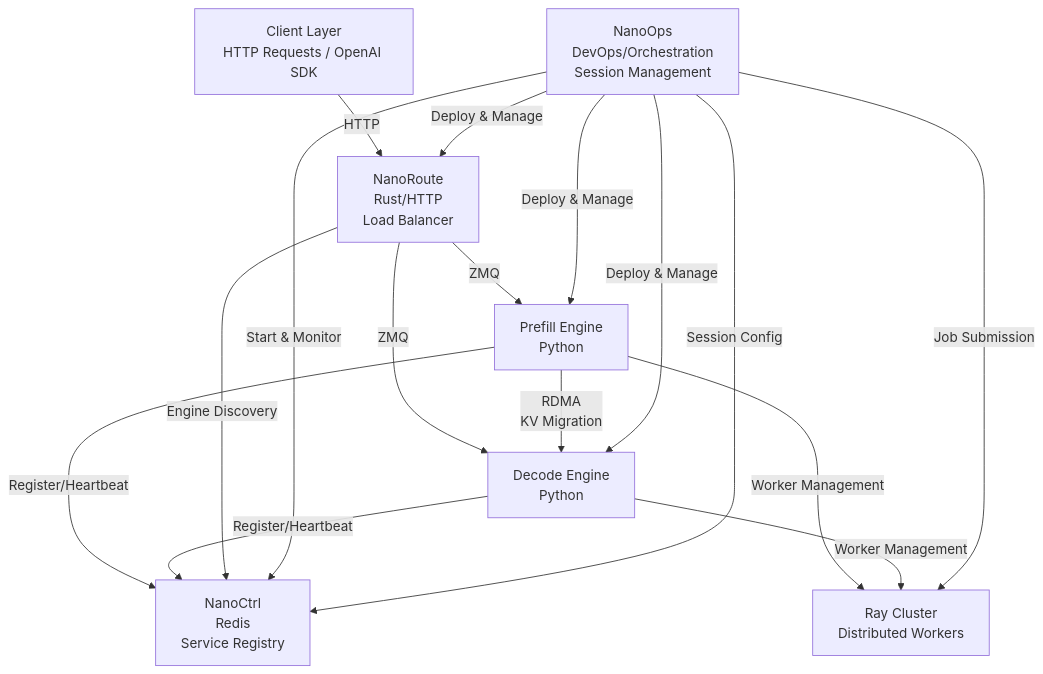
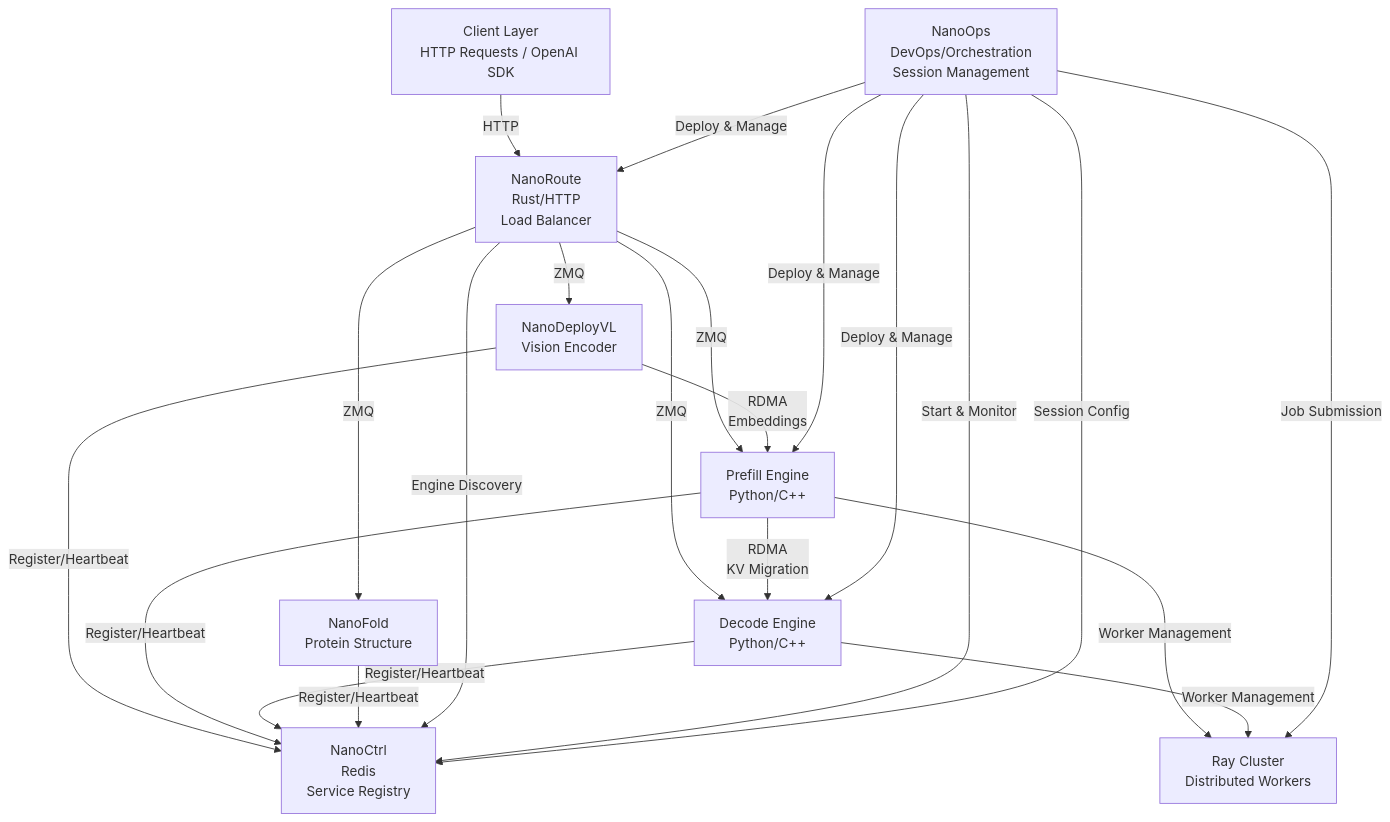
One commit to nano-infra/NanoEngine changed the diagram in README.md. Above: the diagram before and after it, drawn with Mermaid. The commit also changed other lines of this file and 4 other files, not shown here.

````diff
--- a/README.md
+++ b/README.md
@@ -19,26 +21,33 @@
 ```mermaid
 graph TB
     Client[Client Layer<br/>HTTP Requests / OpenAI SDK]
     Route[NanoRoute<br/>Rust/HTTP<br/>Load Balancer]
-    Prefill[Prefill Engine<br/>Python]
-    Decode[Decode Engine<br/>Python]
+    VL[NanoDeployVL<br/>Vision Encoder]
+    Prefill[Prefill Engine<br/>Python/C++]
+    Decode[Decode Engine<br/>Python/C++]
+    Fold[NanoFold<br/>Protein Structure]
     Ctrl[NanoCtrl<br/>Redis<br/>Service Registry]
     Ray[Ray Cluster<br/>Distributed Workers]
     Ops[NanoOps<br/>DevOps/Orchestration<br/>Session Management]
 
     Client -->|HTTP| Route
+    Route -->|ZMQ| VL
     Route -->|ZMQ| Prefill
     Route -->|ZMQ| Decode
+    Route -->|ZMQ| Fold
+    VL -->|RDMA<br/>Embeddings| Prefill
     Prefill -->|RDMA<br/>KV Migration| Decode
+    VL -->|Register/Heartbeat| Ctrl
     Prefill -->|Register/Heartbeat| Ctrl
     Decode -->|Register/Heartbeat| Ctrl
+    Fold -->|Register/Heartbeat| Ctrl
     Route -->|Engine Discovery| Ctrl
     Prefill -->|Worker Management| Ray
     Decode -->|Worker Management| Ray
     Ops -->|Deploy & Manage| Route
     Ops -->|Deploy & Manage| Prefill
     Ops -->|Deploy & Manage| Decode
     Ops -->|Start & Monitor| Ctrl
     Ops -->|Job Submission| Ray
     Ops -->|Session Config| Ctrl
 ```
````
